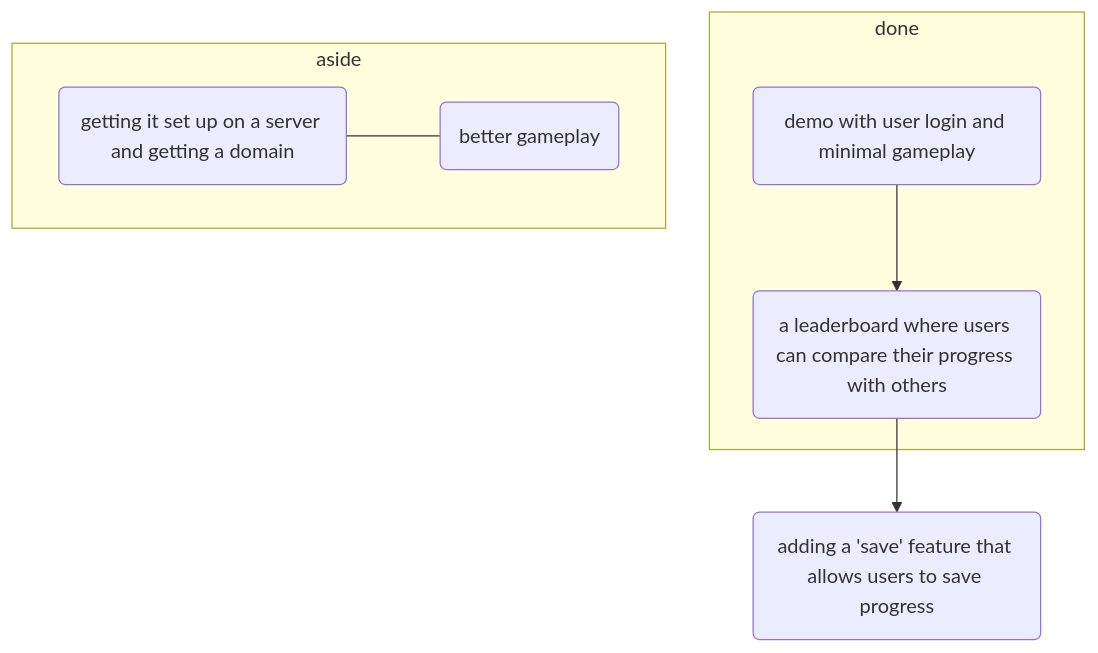
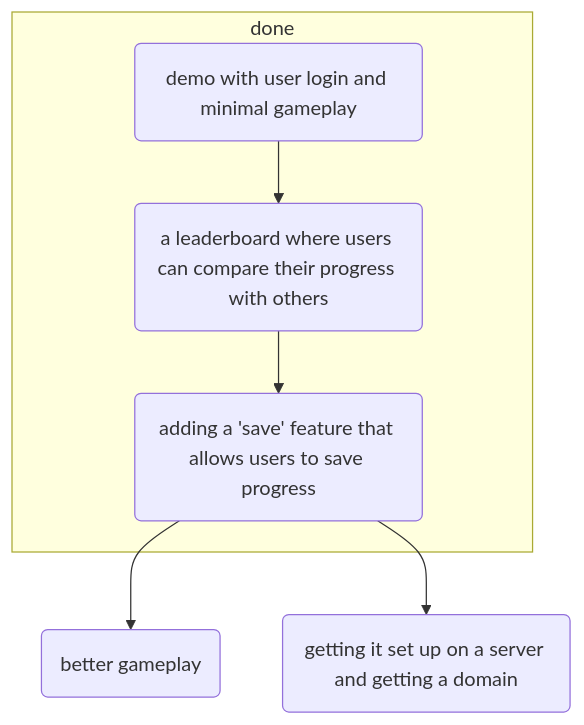
One commit to mativ123/cum-online changed the diagram in README.md. Above: the diagram before and after it, drawn with Mermaid. The commit also changed other lines of this file, not shown here.

````diff
--- a/README.md
+++ b/README.md
@@ -5,14 +6,10 @@
 ```mermaid
 graph TD;
     subgraph done
         start(demo with user login and minimal gameplay)
         start-->leaderboard(a leaderboard where users can compare their progress with others)
+        leaderboard-->save(adding a 'save' feature that allows users to save progress)
     end
-    leaderboard-->save(adding a 'save' feature that allows users to save progress)
-
-    subgraph aside
-        server(getting it set up on a server and getting a domain)
-        server --- game(better gameplay)
-    end
-        
+    save-->game(better gameplay)
+    save-->server(getting it set up on a server and getting a domain)
 ```
````
